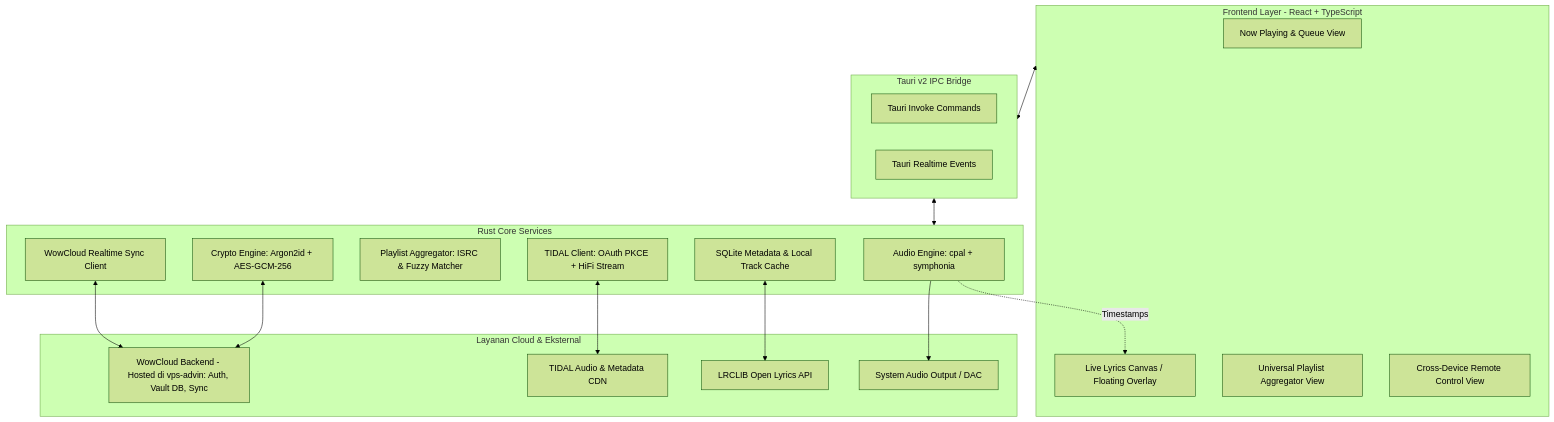
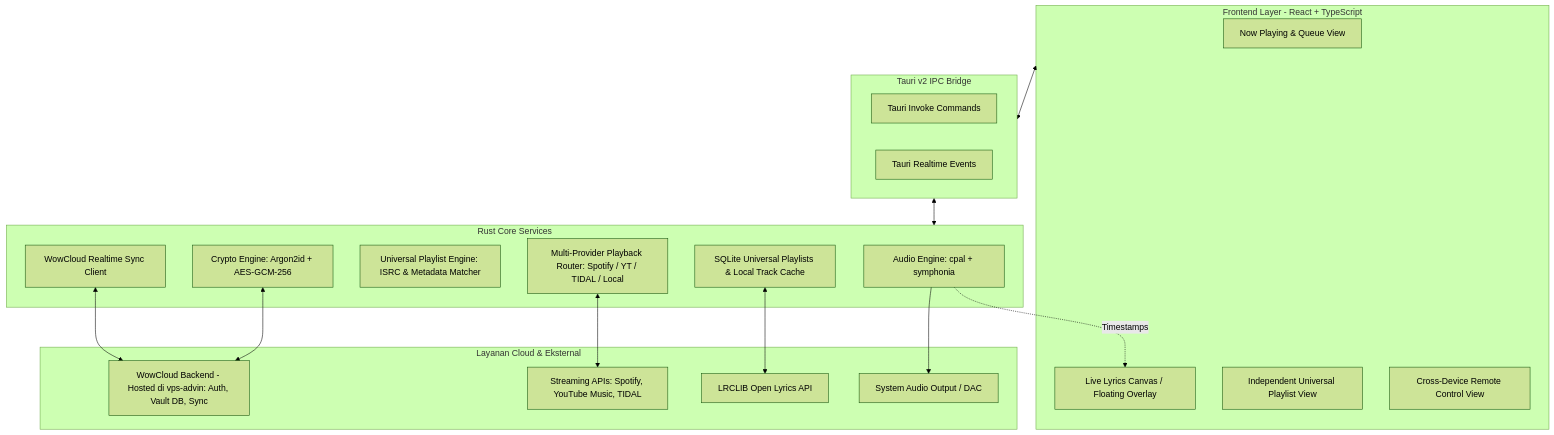
One commit to inimuqsith/WowMusicPlayer changed the diagram in ARCHITECTURE.md. Above: the diagram before and after it, drawn with Mermaid (forest theme). The commit also changed other lines of this file and 5 other files, not shown here.

Commit message:
refactor: re-align core vision to independent universal playlist system with user-chosen streaming providers

````diff
--- a/ARCHITECTURE.md
+++ b/ARCHITECTURE.md
@@ -9,38 +9,38 @@
 ```mermaid
 graph TD
     subgraph UI_Layer [Frontend Layer - React + TypeScript]
         PlayerView[Now Playing & Queue View]
         LyricsComp[Live Lyrics Canvas / Floating Overlay]
-        PlaylistAggView[Universal Playlist Aggregator View]
+        UniversalPlaylistView[Independent Universal Playlist View]
         DeviceHandoffView[Cross-Device Remote Control View]
     end
 
     subgraph IPC_Bridge [Tauri v2 IPC Bridge]
         CommandBus[Tauri Invoke Commands]
         EventBus[Tauri Realtime Events]
     end
 
     subgraph Core_Rust [Rust Core Services]
         AudioCore[Audio Engine: cpal + symphonia]
-        TidalSvc[TIDAL Client: OAuth PKCE + HiFi Stream]
-        AggregatorSvc[Playlist Aggregator: ISRC & Fuzzy Matcher]
+        PlaybackRouter[Multi-Provider Playback Router: Spotify / YT / TIDAL / Local]
+        AggregatorSvc[Universal Playlist Engine: ISRC & Metadata Matcher]
         VaultSvc[Crypto Engine: Argon2id + AES-GCM-256]
         CloudSyncSvc[WowCloud Realtime Sync Client]
-        LocalDBSvc[SQLite Metadata & Local Track Cache]
+        LocalDBSvc[SQLite Universal Playlists & Local Track Cache]
     end
 
     subgraph External_Cloud [Layanan Cloud & Eksternal]
         WowCloud[WowCloud Backend - Hosted di vps-advin: Auth, Vault DB, Sync]
-        TidalServers[TIDAL Audio & Metadata CDN]
+        MusicProviders[Streaming APIs: Spotify, YouTube Music, TIDAL]
         LRCLIB[LRCLIB Open Lyrics API]
         Hardware[System Audio Output / DAC]
     end
 
     UI_Layer <--> IPC_Bridge <--> Core_Rust
     AudioCore --> Hardware
-    TidalSvc <--> TidalServers
+    PlaybackRouter <--> MusicProviders
     VaultSvc <--> WowCloud
     CloudSyncSvc <--> WowCloud
     AudioCore -. Timestamps .-> LyricsComp
     LocalDBSvc <--> LRCLIB
 ```
````
